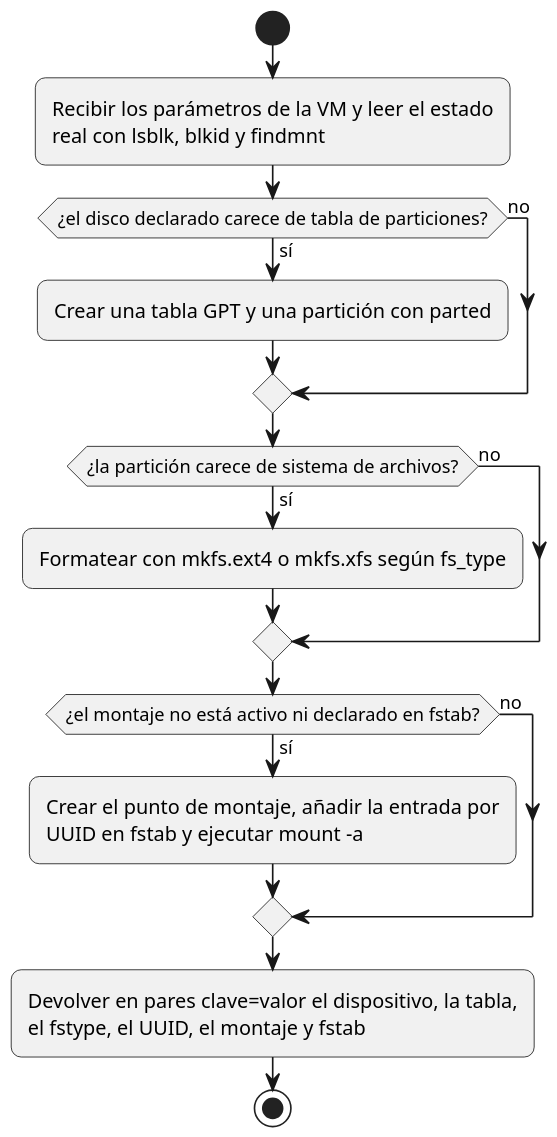
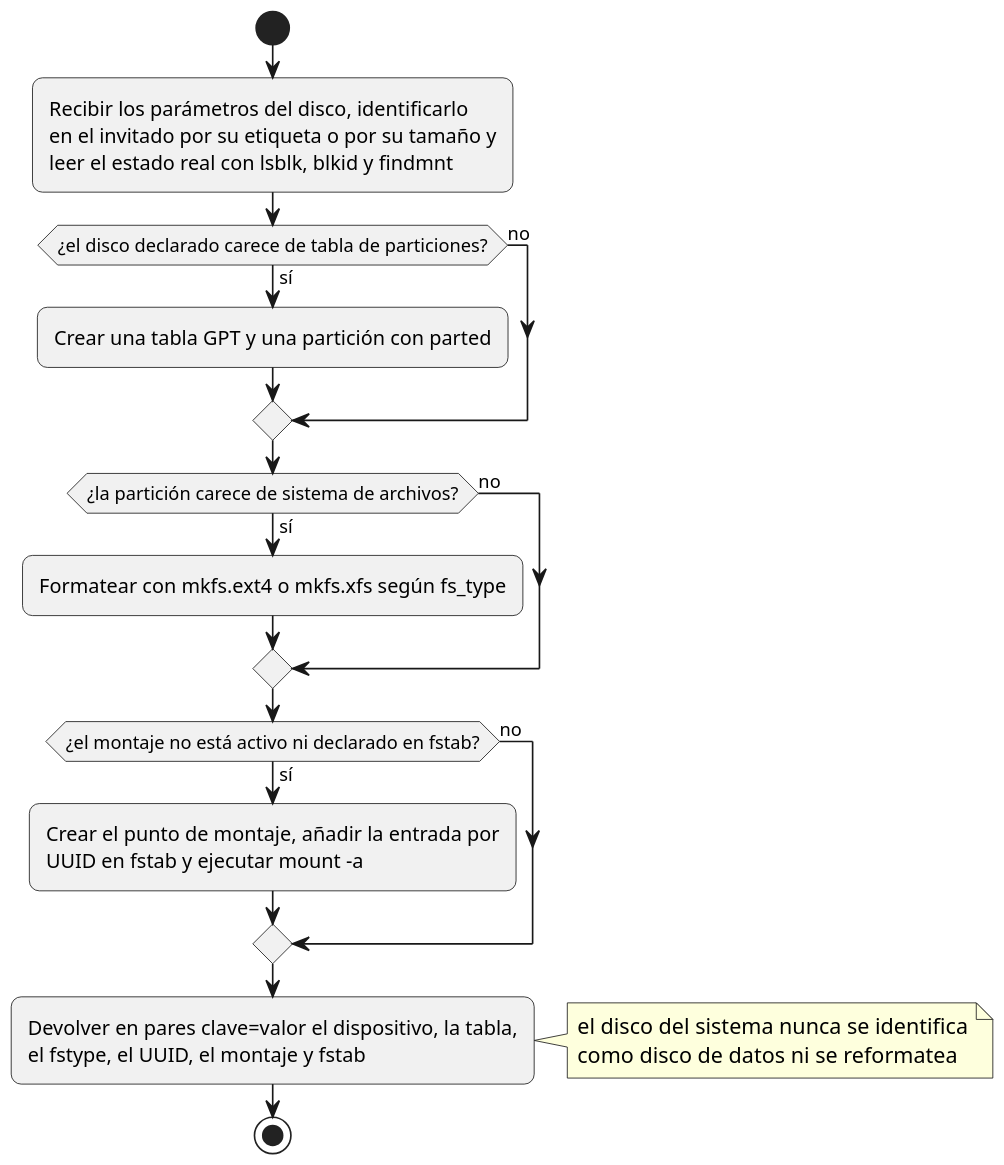
The diagram in documento/images/guardas.puml (spalax-dev/vbox-disk-automation), drawn with PlantUML before and after one commit. The commit also changed 43 other files, not shown here.

```diff
--- a/documento/images/guardas.puml
+++ b/documento/images/guardas.puml
@@ -1,29 +1,34 @@
 @startuml guardas
 
 start
 skinparam defaultFontName "Arimo"
 skinparam dpi 150
 skinparam nodesep 24
 skinparam ranksep 30
 skinparam roundCorner 12
 
-:Recibir los parámetros de la VM y leer el estado
-real con lsblk, blkid y findmnt;
+:Recibir los parámetros del disco, identificarlo
+en el invitado por su etiqueta o por su tamaño y
+leer el estado real con lsblk, blkid y findmnt;
 if (¿el disco declarado carece de tabla de particiones?) then (sí)
   :Crear una tabla GPT y una partición con parted;
 else (no)
 endif
 if (¿la partición carece de sistema de archivos?) then (sí)
   :Formatear con mkfs.ext4 o mkfs.xfs según fs_type;
 else (no)
 endif
 if (¿el montaje no está activo ni declarado en fstab?) then (sí)
   :Crear el punto de montaje, añadir la entrada por
   UUID en fstab y ejecutar mount -a;
 else (no)
 endif
 :Devolver en pares clave=valor el dispositivo, la tabla,
 el fstype, el UUID, el montaje y fstab;
+note right
+  el disco del sistema nunca se identifica
+  como disco de datos ni se reformatea
+end note
 stop
 
 @enduml
```
